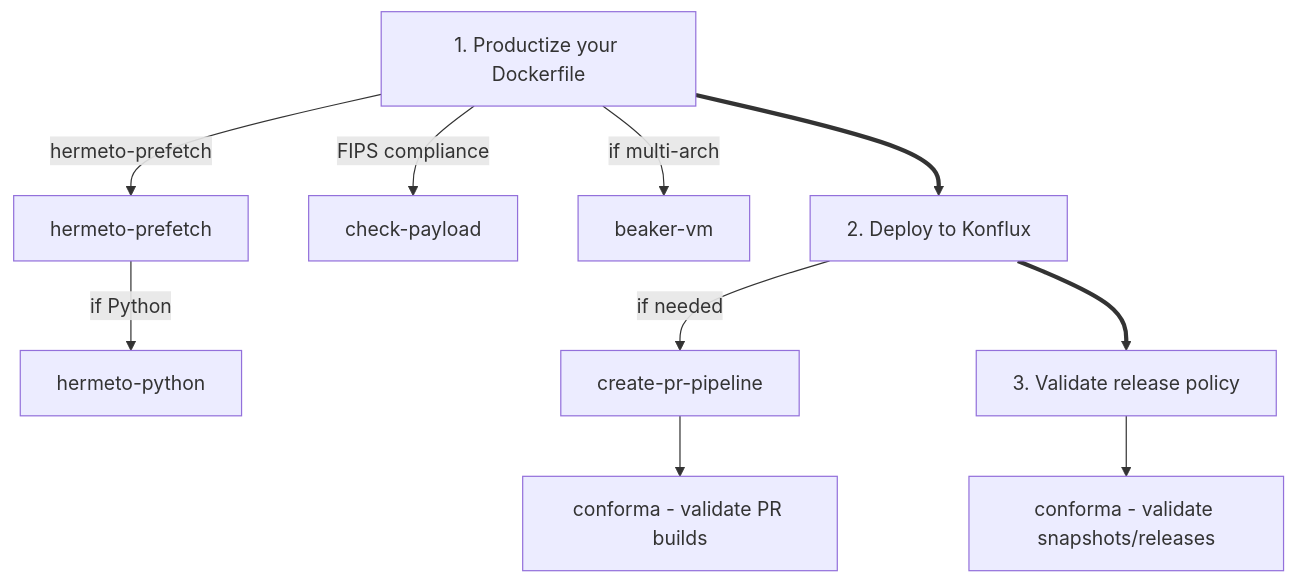
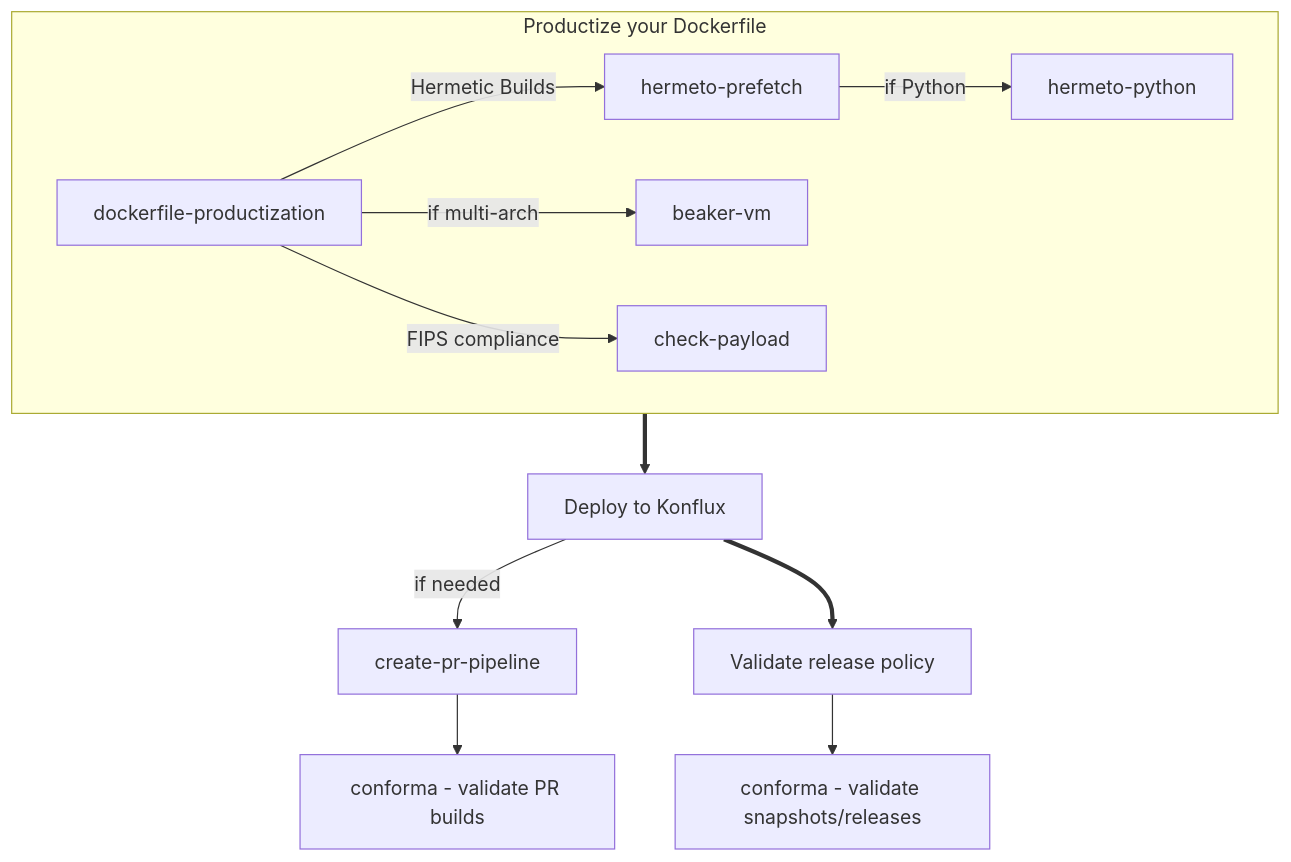
Before and after one commit to ckhordiasma/konflux-cookbook: the diagram in README.md, drawn with Mermaid.

Commit message:
Refine README flowchart with productization subgraph

````diff
--- a/README.md
+++ b/README.md
@@ -33,29 +33,31 @@
 ```mermaid
 flowchart TD
-    A["1. Productize your Dockerfile"]
-    B["2. Deploy to Konflux"]
-    C["3. Validate release policy"]
+    B["Deploy to Konflux"]
+    C["Validate release policy"]
 
-    A -- hermeto-prefetch --> hp[hermeto-prefetch]
-    hp -- if Python --> hpy[hermeto-python]
-    A -- FIPS compliance --> cp[check-payload]
-    A -- if multi-arch --> bv[beaker-vm]
+    subgraph A["Productize your Dockerfile"]
+        df[dockerfile-productization]
+        df -- Hermetic Builds --> hp[hermeto-prefetch]
+        hp -- if Python --> hpy[hermeto-python]
+        df -- if multi-arch --> bv[beaker-vm]
+        df -- FIPS compliance --> cp[check-payload]
+    end
 
     A ==> B
 
     B -- if needed --> crp[create-pr-pipeline]
     crp --> con1[conforma - validate PR builds]
 
     B ==> C
     C --> con2[conforma - validate snapshots/releases]
 
     click hp "guides/hermeto-prefetch.md"
     click hpy "guides/hermeto-python.md"
     click cp "guides/check-payload.md"
     click bv "guides/beaker-vm.md"
     click A "guides/dockerfile-productization.md"
     click B "guides/deploying-to-konflux.md"
     click crp "guides/create-pr-pipeline.md"
     click con1 "guides/conforma.md"
     click con2 "guides/conforma.md"
 ```
````
